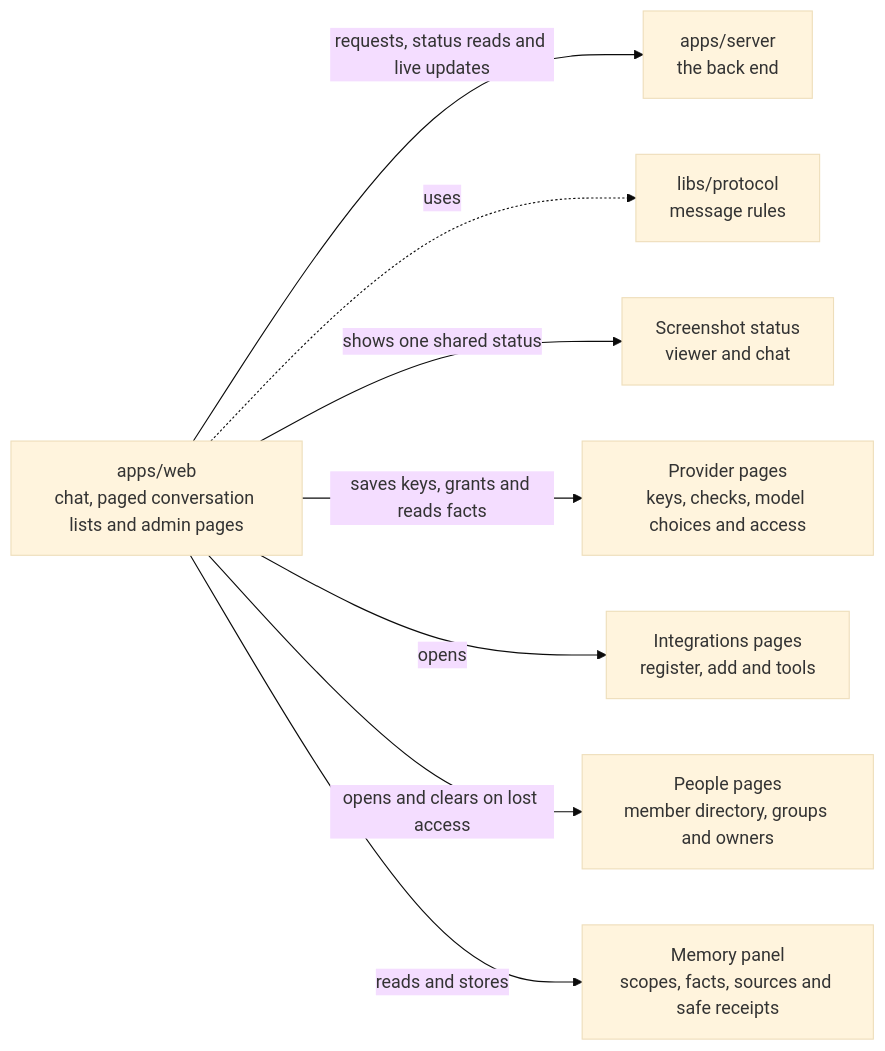
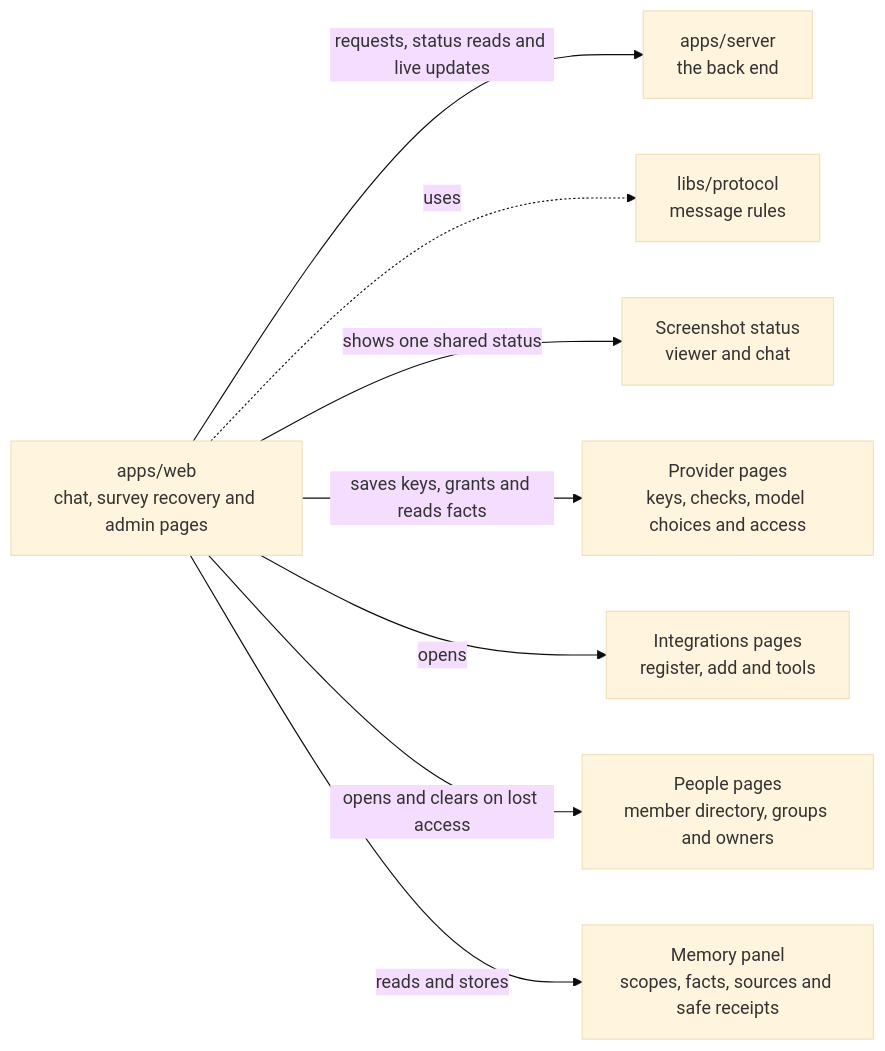
The diagram in apps/web/README.md (elewa-git/opencrane-new), drawn with Mermaid (base theme) before and after one commit. The commit also changed other lines of this file and 36 other files, not shown here.

````diff
--- a/apps/web/README.md
+++ b/apps/web/README.md
@@ -11,10 +11,10 @@
 ```mermaid
 flowchart LR
-  web["apps/web<br/>chat, paged conversation lists and admin pages"] -->|requests, status reads and live updates| server["apps/server<br/>the back end"]
+  web["apps/web<br/>chat, survey recovery and admin pages"] -->|requests, status reads and live updates| server["apps/server<br/>the back end"]
   web -.->|uses| protocol["libs/protocol<br/>message rules"]
   web -->|shows one shared status| capture["Screenshot status<br/>viewer and chat"]
   web -->|saves keys, grants and reads facts| providers["Provider pages<br/>keys, checks, model choices and access"]
   web -->|opens| integrations["Integrations pages<br/>register, add and tools"]
   web -->|opens and clears on lost access| people["People pages<br/>member directory, groups and owners"]
   web -->|reads and stores| memory["Memory panel<br/>scopes, facts, sources and safe receipts"]
 ```
````
